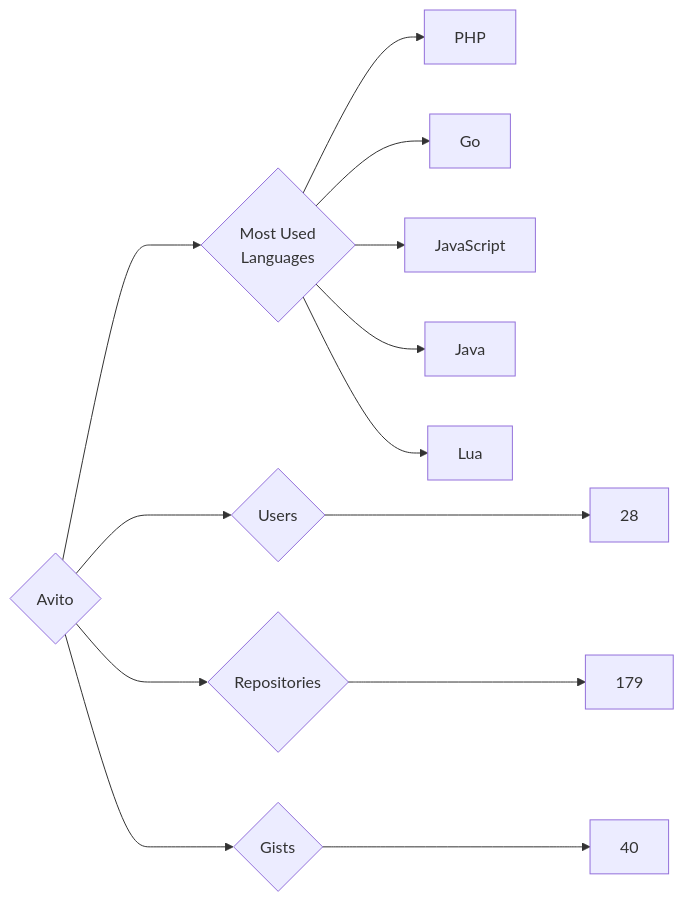
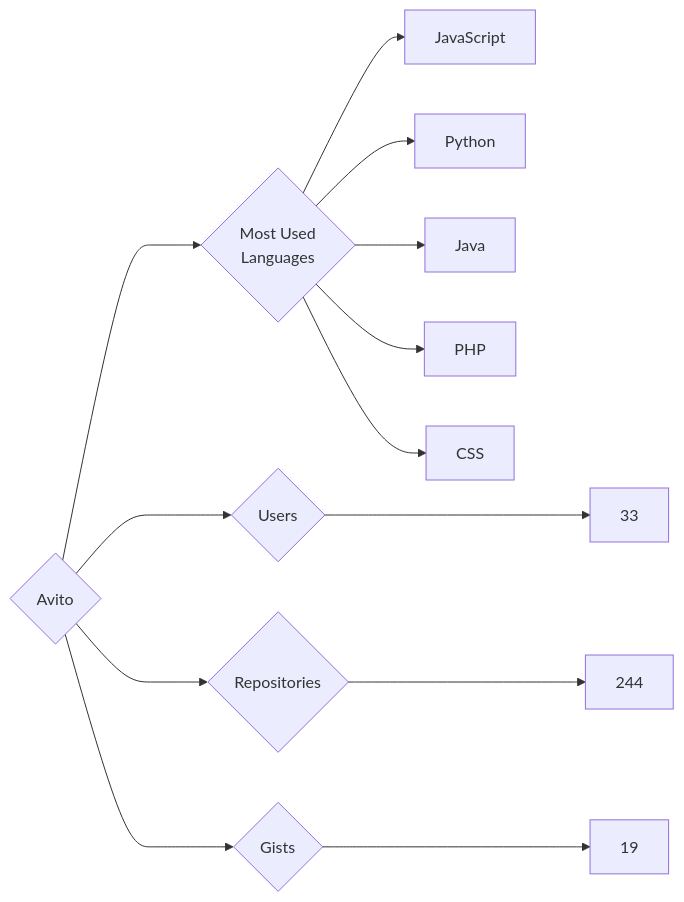
One commit to trickest/insiders changed the diagram in targets/Avito/README.md. Above: the diagram before and after it, drawn with Mermaid. The commit also changed 847 other files, not shown here.

````diff
--- a/targets/Avito/README.md
+++ b/targets/Avito/README.md
@@ -3,13 +3,13 @@
 ```mermaid
 graph LR
 COMPANY_NAME{Avito}
-COMPANY_NAME ---> U{Users} ---> UN[28]
-COMPANY_NAME ---> R{Repositories} ---> RN[179]
-COMPANY_NAME ---> G{Gists} ---> GN[40]
+COMPANY_NAME ---> U{Users} ---> UN[33]
+COMPANY_NAME ---> R{Repositories} ---> RN[244]
+COMPANY_NAME ---> G{Gists} ---> GN[19]
 COMPANY_NAME ---> ML{Most Used<br>Languages}
+ML --> JavaScript[JavaScript]
+ML --> Python[Python]
+ML --> Java[Java]
 ML --> PHP[PHP]
-ML --> Go[Go]
-ML --> JavaScript[JavaScript]
-ML --> Java[Java]
-ML --> Lua[Lua]
+ML --> CSS[CSS]
 ```
````
